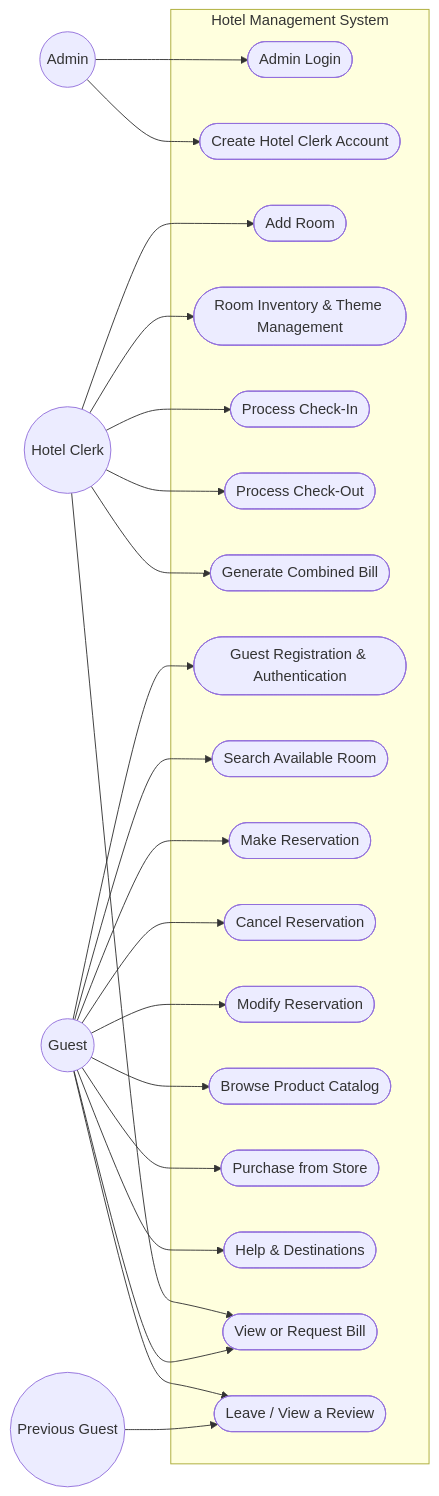
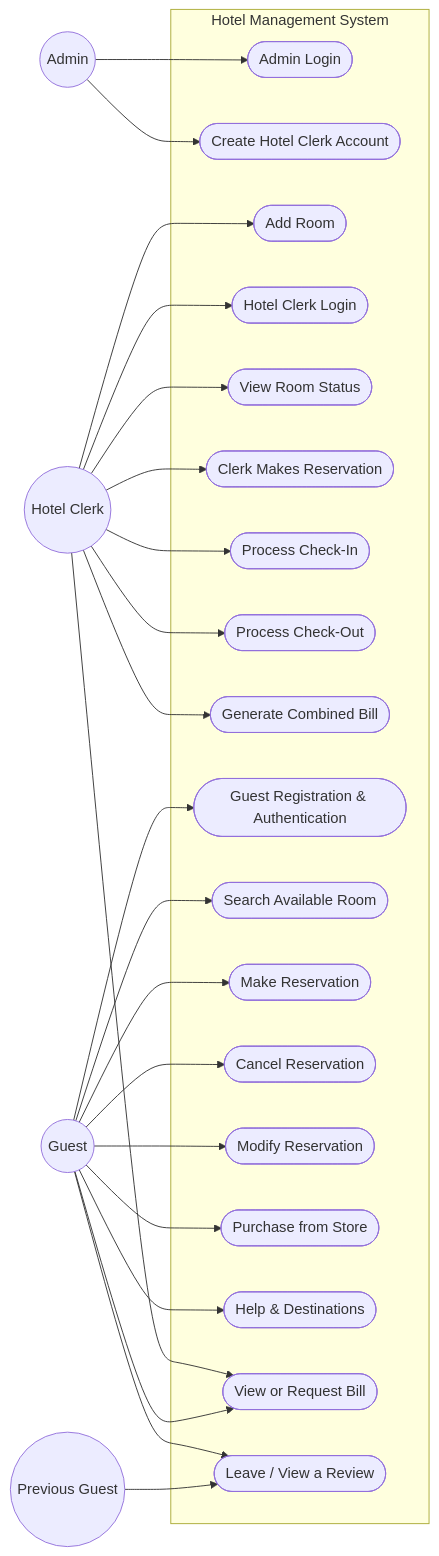
Before and after one commit to JaceYar/Software1-Proj: the first of 20 diagrams in Documentation/ExportDraft.md, drawn with Mermaid. The commit also changed other lines of this file and 1 other file, not shown here.

````diff
--- a/Documentation/ExportDraft.md
+++ b/Documentation/ExportDraft.md
@@ -7,53 +7,55 @@
 ```mermaid
 graph LR
     Admin((Admin))
     Clerk((Hotel Clerk))
     Guest((Guest))
     PrevGuest((Previous Guest))
 
     subgraph Hotel Management System
         AdminLogin([Admin Login])
         CreateClerkAccount([Create Hotel Clerk Account])
 
         AddRoom([Add Room])
-        RoomThemeManagement([Room Inventory & Theme Management])
+        ClerkLogin([Hotel Clerk Login])
+        ViewRoomStatus([View Room Status])
+        ClerkMakesReservation([Clerk Makes Reservation])
         ProcessCheckIn([Process Check-In])
         ProcessCheckOut([Process Check-Out])
         GenerateCombinedBill([Generate Combined Bill])
 
         GuestAuth([Guest Registration & Authentication])
         SearchRoom([Search Available Room])
         MakeReservation([Make Reservation])
         CancelReservation([Cancel Reservation])
         ModifyReservation([Modify Reservation])
-        BrowseCatalog([Browse Product Catalog])
         PurchaseFromStore([Purchase from Store])
         HelpDestinations([Help & Destinations])
 
         ViewBill([View or Request Bill])
         Review([Leave / View a Review])
     end
 
     Admin --> AdminLogin
     Admin --> CreateClerkAccount
 
     Clerk --> AddRoom
-    Clerk --> RoomThemeManagement
+    Clerk --> ClerkLogin
+    Clerk --> ViewRoomStatus
+    Clerk --> ClerkMakesReservation
     Clerk --> ProcessCheckIn
     Clerk --> ProcessCheckOut
     Clerk --> GenerateCombinedBill
     Clerk --> ViewBill
 
     Guest --> GuestAuth
     Guest --> SearchRoom
     Guest --> MakeReservation
     Guest --> CancelReservation
     Guest --> ModifyReservation
-    Guest --> BrowseCatalog
     Guest --> PurchaseFromStore
     Guest --> HelpDestinations
     Guest --> ViewBill
     Guest --> Review
 
     PrevGuest --> Review
 ```
````
